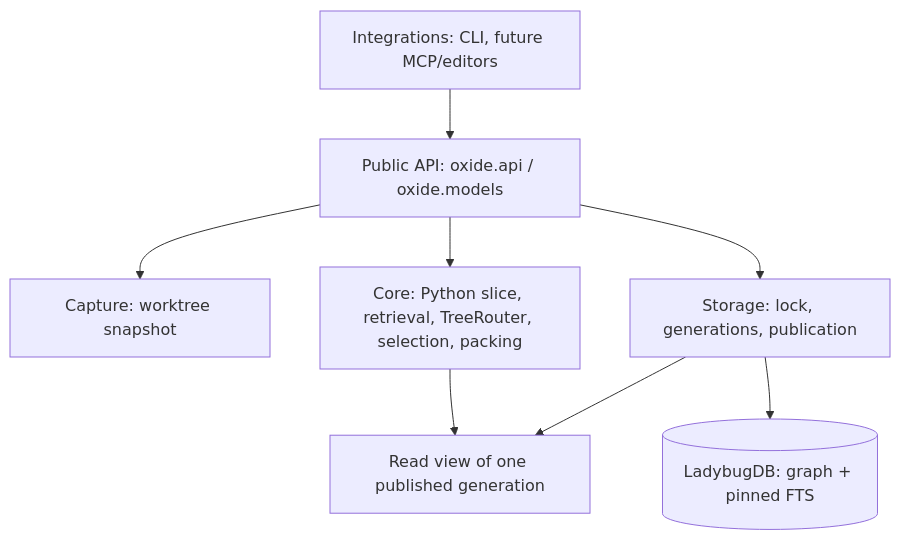
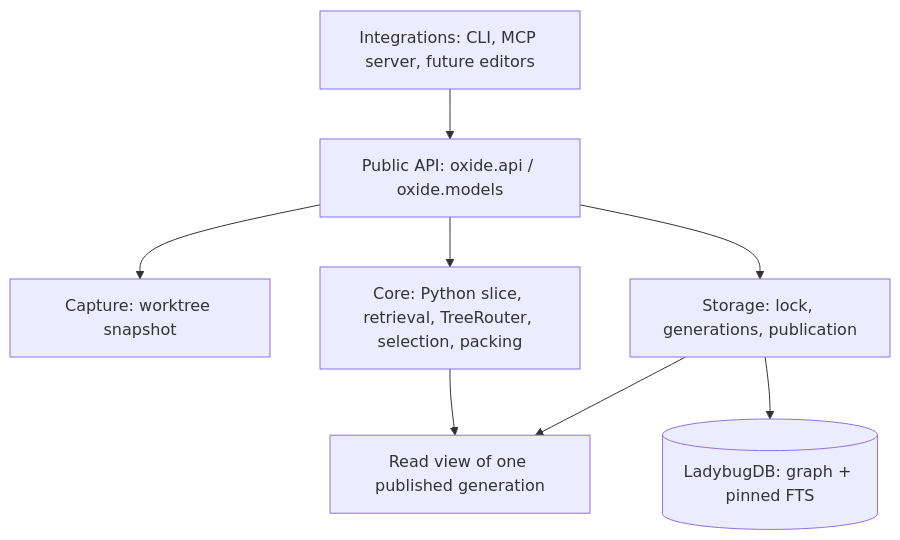
Before and after one commit to Kiy-K/oxide: the diagram in docs/spec/SPEC.md, drawn with Mermaid. The commit also changed other lines of this file and 19 other files, not shown here.

````diff
--- a/docs/spec/SPEC.md
+++ b/docs/spec/SPEC.md
@@ -84,10 +84,10 @@
 ```mermaid
 flowchart TD
-    INT[Integrations: CLI, future MCP/editors] --> API[Public API: oxide.api / oxide.models]
+    INT[Integrations: CLI, MCP server, future editors] --> API[Public API: oxide.api / oxide.models]
     API --> CAP[Capture: worktree snapshot]
     API --> CORE[Core: Python slice, retrieval, TreeRouter, selection, packing]
     CORE --> VIEW[Read view of one published generation]
     API --> STORE[Storage: lock, generations, publication]
     STORE --> VIEW
     STORE --> DB[(LadybugDB: graph + pinned FTS)]
 ```
````
